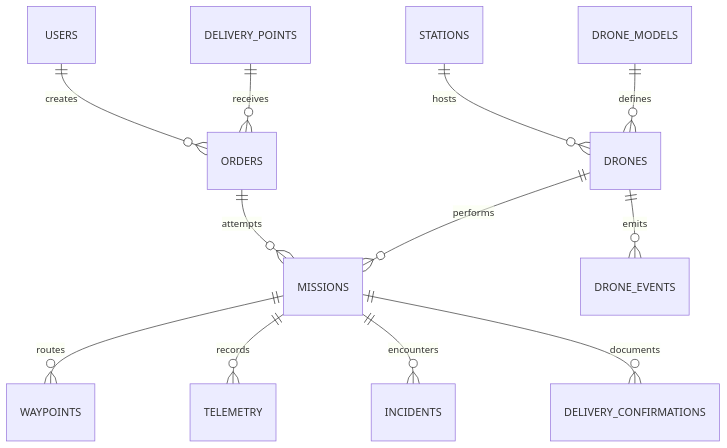
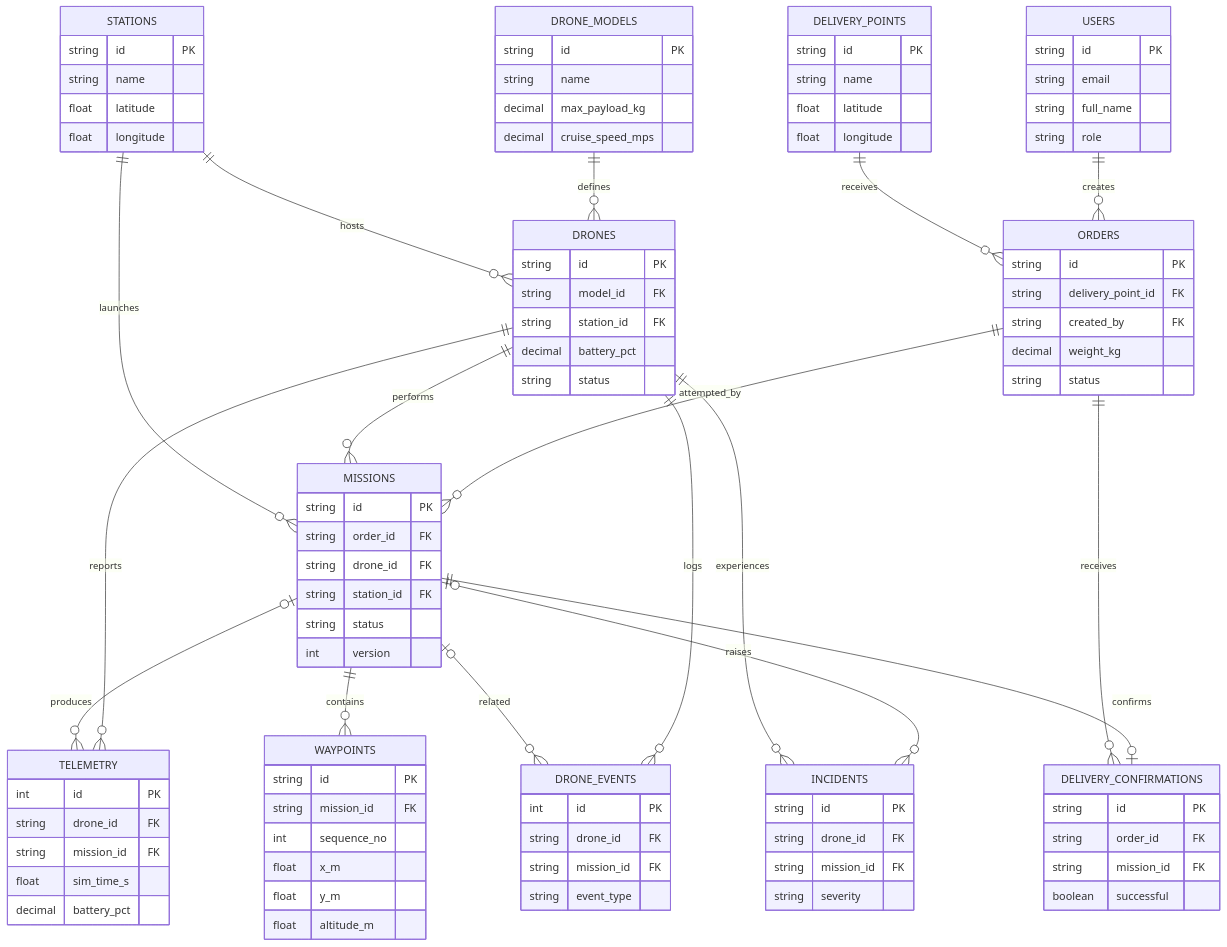
The diagram in docs/06-diagrams/07-erd.mmd (vinhle-tech/uav-delivery-simulation), drawn with Mermaid before and after one commit. The commit also changed 56 other files, not shown here.

```diff
--- a/docs/06-diagrams/07-erd.mmd
+++ b/docs/06-diagrams/07-erd.mmd
@@ -1,12 +1,97 @@
 erDiagram
-  USERS ||--o{ ORDERS : creates
-  STATIONS ||--o{ DRONES : hosts
-  DRONE_MODELS ||--o{ DRONES : defines
-  DELIVERY_POINTS ||--o{ ORDERS : receives
-  ORDERS ||--o{ MISSIONS : attempts
-  DRONES ||--o{ MISSIONS : performs
-  MISSIONS ||--o{ WAYPOINTS : routes
-  MISSIONS ||--o{ TELEMETRY : records
-  MISSIONS ||--o{ INCIDENTS : encounters
-  MISSIONS ||--o{ DELIVERY_CONFIRMATIONS : documents
-  DRONES ||--o{ DRONE_EVENTS : emits
+    USERS ||--o{ ORDERS : creates
+    DRONE_MODELS ||--o{ DRONES : defines
+    STATIONS ||--o{ DRONES : hosts
+    DELIVERY_POINTS ||--o{ ORDERS : receives
+    ORDERS ||--o{ MISSIONS : attempted_by
+    DRONES ||--o{ MISSIONS : performs
+    STATIONS ||--o{ MISSIONS : launches
+    MISSIONS ||--o{ WAYPOINTS : contains
+    DRONES ||--o{ TELEMETRY : reports
+    MISSIONS |o--o{ TELEMETRY : produces
+    DRONES ||--o{ DRONE_EVENTS : logs
+    MISSIONS |o--o{ DRONE_EVENTS : related
+    MISSIONS |o--o{ INCIDENTS : raises
+    DRONES ||--o{ INCIDENTS : experiences
+    MISSIONS ||--o| DELIVERY_CONFIRMATIONS : confirms
+    ORDERS ||--o{ DELIVERY_CONFIRMATIONS : receives
+
+    USERS {
+        string id PK
+        string email
+        string full_name
+        string role
+    }
+    STATIONS {
+        string id PK
+        string name
+        float latitude
+        float longitude
+    }
+    DRONE_MODELS {
+        string id PK
+        string name
+        decimal max_payload_kg
+        decimal cruise_speed_mps
+    }
+    DELIVERY_POINTS {
+        string id PK
+        string name
+        float latitude
+        float longitude
+    }
+    DRONES {
+        string id PK
+        string model_id FK
+        string station_id FK
+        decimal battery_pct
+        string status
+    }
+    ORDERS {
+        string id PK
+        string delivery_point_id FK
+        string created_by FK
+        decimal weight_kg
+        string status
+    }
+    MISSIONS {
+        string id PK
+        string order_id FK
+        string drone_id FK
+        string station_id FK
+        string status
+        int version
+    }
+    WAYPOINTS {
+        string id PK
+        string mission_id FK
+        int sequence_no
+        float x_m
+        float y_m
+        float altitude_m
+    }
+    TELEMETRY {
+        int id PK
+        string drone_id FK
+        string mission_id FK
+        float sim_time_s
+        decimal battery_pct
+    }
+    DRONE_EVENTS {
+        int id PK
+        string drone_id FK
+        string mission_id FK
+        string event_type
+    }
+    INCIDENTS {
+        string id PK
+        string drone_id FK
+        string mission_id FK
+        string severity
+    }
+    DELIVERY_CONFIRMATIONS {
+        string id PK
+        string order_id FK
+        string mission_id FK
+        boolean successful
+    }
```
